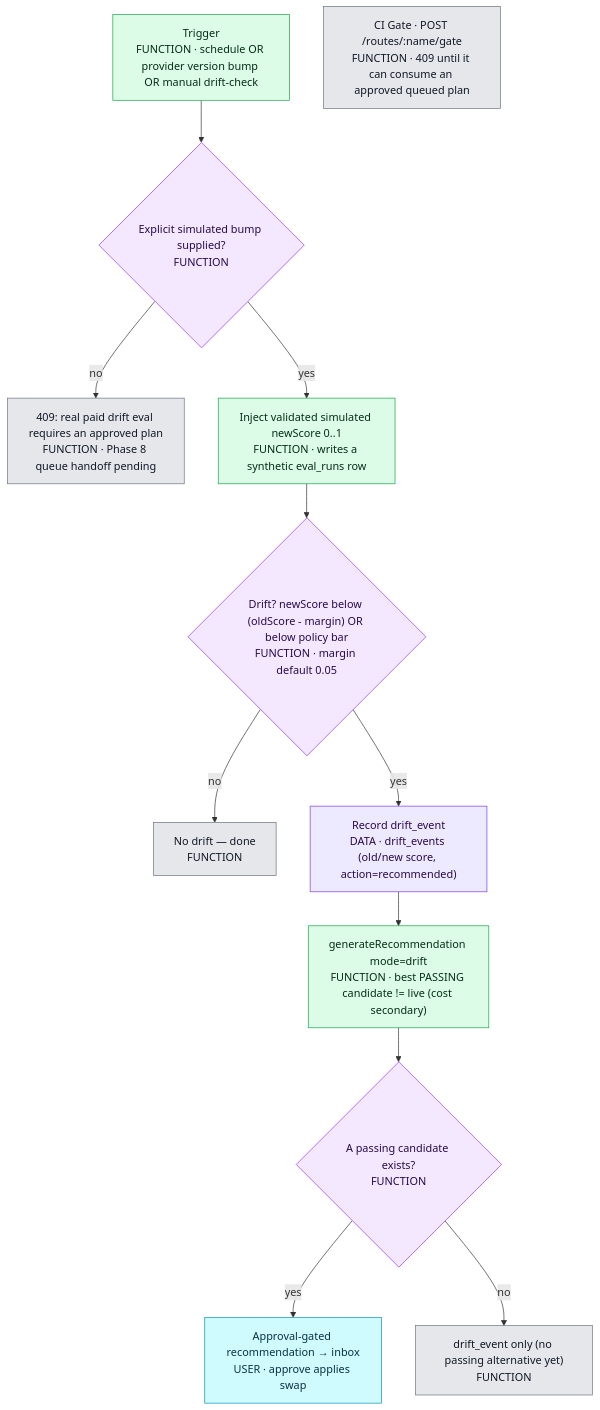
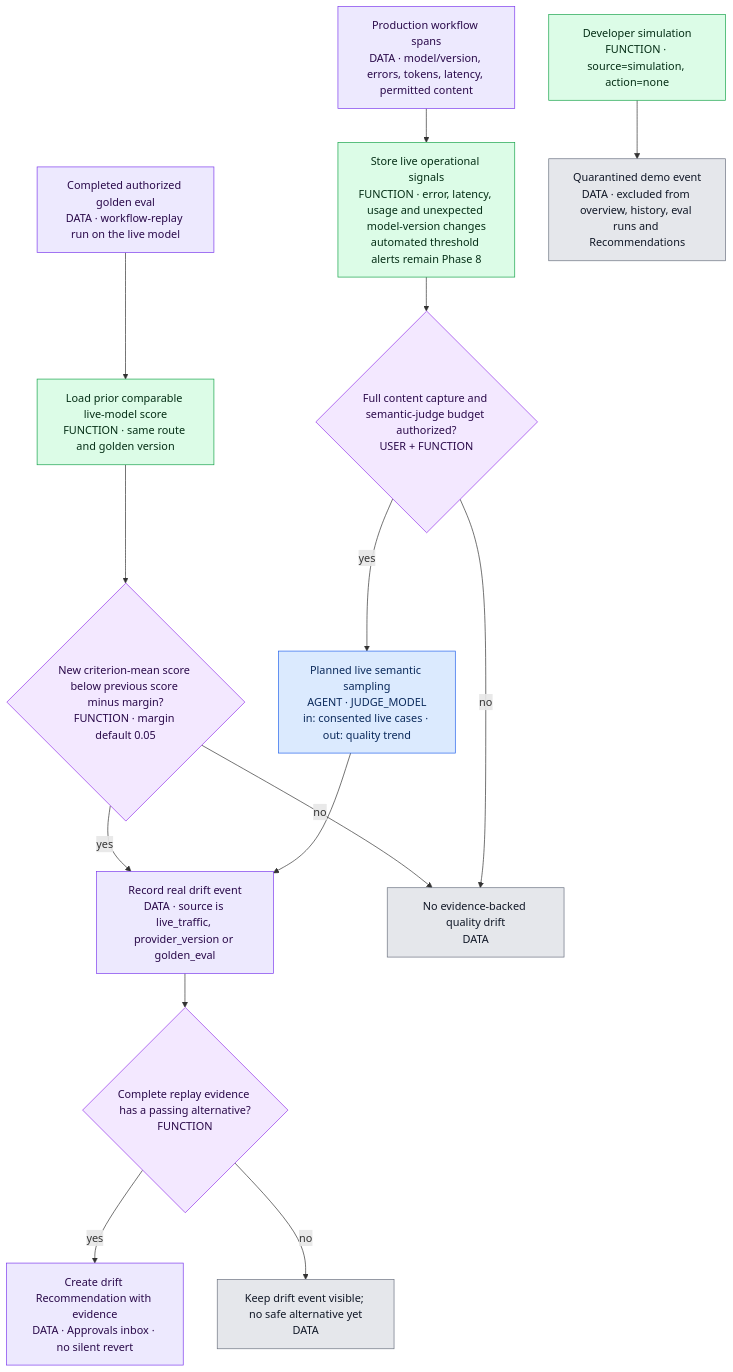
The diagram in docs/mermaid/04-drift-gate.mmd (APareek89/blindspot), drawn with Mermaid before and after one commit. The commit also changed 70 other files, not shown here.

Commit message:
feat: make eval evidence truthful and deployable

```diff
--- a/docs/mermaid/04-drift-gate.mmd
+++ b/docs/mermaid/04-drift-gate.mmd
@@ -1,30 +1,35 @@
-%% Blindspot — drift detection + CI gate (PRD §5)
+%% Blindspot — three drift lanes with simulations quarantined from evidence (FMEA synced 2026-07-21)
+%% files: packages/core/src/drift.ts, packages/core/src/eval/runner.ts, apps/gateway/src/manage/drift.ts, apps/dashboard/app/(app)/drift/page.tsx
+%% granularity: full
 flowchart TD
-  TR["Trigger<br/>FUNCTION · schedule OR provider version bump OR manual drift-check"]:::fn
-  RE{"Explicit simulated bump supplied?<br/>FUNCTION"}:::dec
-  BLOCK["409: real paid drift eval requires an approved plan<br/>FUNCTION · Phase 8 queue handoff pending"]:::term
-  SIM["Inject validated simulated newScore 0..1<br/>FUNCTION · writes a synthetic eval_runs row"]:::fn
-  CMP{"Drift? newScore below (oldScore - margin) OR below policy bar<br/>FUNCTION · margin default 0.05"}:::dec
-  OK["No drift — done<br/>FUNCTION"]:::term
-  DE["Record drift_event<br/>DATA · drift_events (old/new score, action=recommended)"]:::data
-  REC["generateRecommendation mode=drift<br/>FUNCTION · best PASSING candidate != live (cost secondary)"]:::fn
-  HASC{"A passing candidate exists?<br/>FUNCTION"}:::dec
-  INBOX["Approval-gated recommendation → inbox<br/>USER · approve applies swap"]:::ask
-  NONE["drift_event only (no passing alternative yet)<br/>FUNCTION"]:::term
+  SPAN["Production workflow spans<br/>DATA · model/version, errors, tokens, latency, permitted content"]:::data
+  OPS["Store live operational signals<br/>FUNCTION · error, latency, usage and unexpected model-version changes<br/>automated threshold alerts remain Phase 8"]:::fn
+  CAP{"Full content capture and semantic-judge budget authorized?<br/>USER + FUNCTION"}:::dec
+  SEM["Planned live semantic sampling<br/>AGENT · JUDGE_MODEL<br/>in: consented live cases · out: quality trend"]:::agent
+  GOLD["Completed authorized golden eval<br/>DATA · workflow-replay run on the live model"]:::data
+  PREV["Load prior comparable live-model score<br/>FUNCTION · same route and golden version"]:::fn
+  CMP{"New criterion-mean score below previous score minus margin?<br/>FUNCTION · margin default 0.05"}:::dec
+  EVENT["Record real drift event<br/>DATA · source is live_traffic, provider_version or golden_eval"]:::data
+  ALT{"Complete replay evidence has a passing alternative?<br/>FUNCTION"}:::dec
+  REC["Create drift Recommendation with evidence<br/>DATA · Approvals inbox · no silent revert"]:::data
+  ONLY["Keep drift event visible; no safe alternative yet<br/>DATA"]:::term
+  CLEAR["No evidence-backed quality drift<br/>DATA"]:::term
+  SIM["Developer simulation<br/>FUNCTION · source=simulation, action=none"]:::fn
+  QUAR["Quarantined demo event<br/>DATA · excluded from overview, history, eval runs and Recommendations"]:::term
 
-  G["CI Gate · POST /routes/:name/gate<br/>FUNCTION · 409 until it can consume an approved queued plan"]:::term
-
-  TR --> RE
-  RE -- "no" --> BLOCK
-  RE -- "yes" --> SIM --> CMP
-  CMP -- "no" --> OK
-  CMP -- "yes" --> DE --> REC --> HASC
-  HASC -- "yes" --> INBOX
-  HASC -- "no" --> NONE
+  SPAN --> OPS --> CAP
+  CAP -- "yes" --> SEM --> EVENT
+  CAP -- "no" --> CLEAR
+  GOLD --> PREV --> CMP
+  CMP -- "no" --> CLEAR
+  CMP -- "yes" --> EVENT --> ALT
+  ALT -- "yes" --> REC
+  ALT -- "no" --> ONLY
+  SIM --> QUAR
 
   classDef agent fill:#dbeafe,stroke:#2563eb,color:#0b2a5b;
   classDef fn fill:#dcfce7,stroke:#16a34a,color:#052e16;
   classDef dec fill:#f3e8ff,stroke:#9333ea,color:#2a0a4a;
   classDef data fill:#ede9fe,stroke:#7c3aed,color:#2a0a4a;
+  classDef term fill:#e5e7eb,stroke:#6b7280,color:#111827;
   classDef ask fill:#cffafe,stroke:#0891b2,color:#083344;
-  classDef term fill:#e5e7eb,stroke:#6b7280,color:#111827;
```
